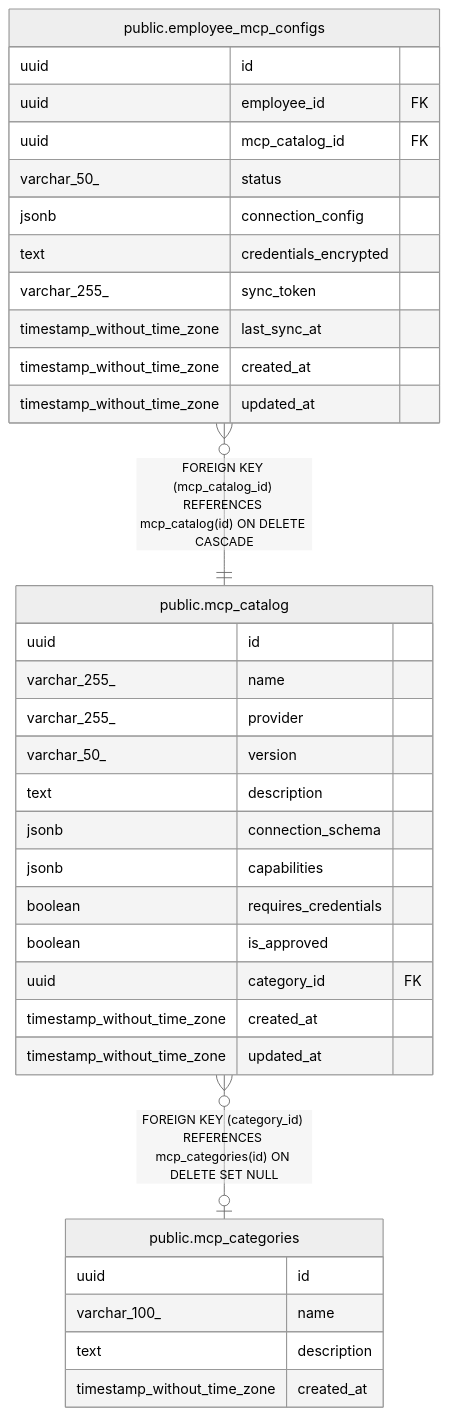
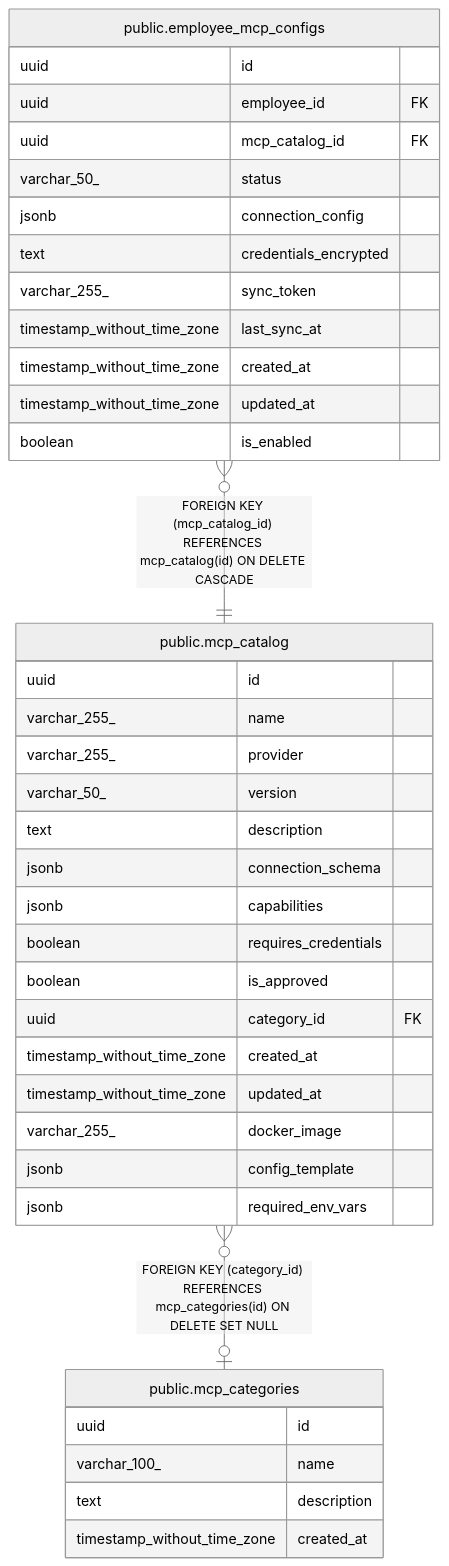
One commit to rastrigin-systems/arfa changed the diagram in docs/public.mcp_catalog.md. Above: the diagram before and after it, drawn with Mermaid (neutral theme). The commit also changed other lines of this file and 33 other files, not shown here.

````diff
--- a/docs/public.mcp_catalog.md
+++ b/docs/public.mcp_catalog.md
@@ -45,39 +48,43 @@
 ```mermaid
 erDiagram
 
 "public.employee_mcp_configs" }o--|| "public.mcp_catalog" : "FOREIGN KEY (mcp_catalog_id) REFERENCES mcp_catalog(id) ON DELETE CASCADE"
 "public.mcp_catalog" }o--o| "public.mcp_categories" : "FOREIGN KEY (category_id) REFERENCES mcp_categories(id) ON DELETE SET NULL"
 
 "public.mcp_catalog" {
   uuid id
   varchar_255_ name
   varchar_255_ provider
   varchar_50_ version
   text description
   jsonb connection_schema
   jsonb capabilities
   boolean requires_credentials
   boolean is_approved
   uuid category_id FK
   timestamp_without_time_zone created_at
   timestamp_without_time_zone updated_at
+  varchar_255_ docker_image
+  jsonb config_template
+  jsonb required_env_vars
 }
 "public.employee_mcp_configs" {
   uuid id
   uuid employee_id FK
   uuid mcp_catalog_id FK
   varchar_50_ status
   jsonb connection_config
   text credentials_encrypted
   varchar_255_ sync_token
   timestamp_without_time_zone last_sync_at
   timestamp_without_time_zone created_at
   timestamp_without_time_zone updated_at
+  boolean is_enabled
 }
 "public.mcp_categories" {
   uuid id
   varchar_100_ name
   text description
   timestamp_without_time_zone created_at
 }
 ```
````
